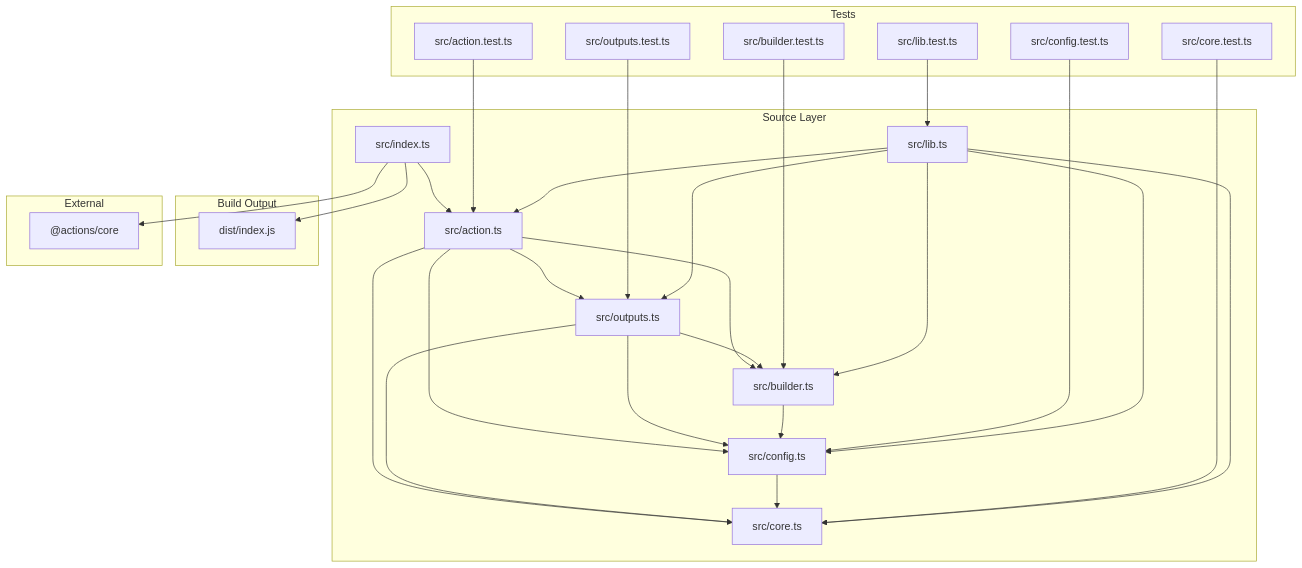
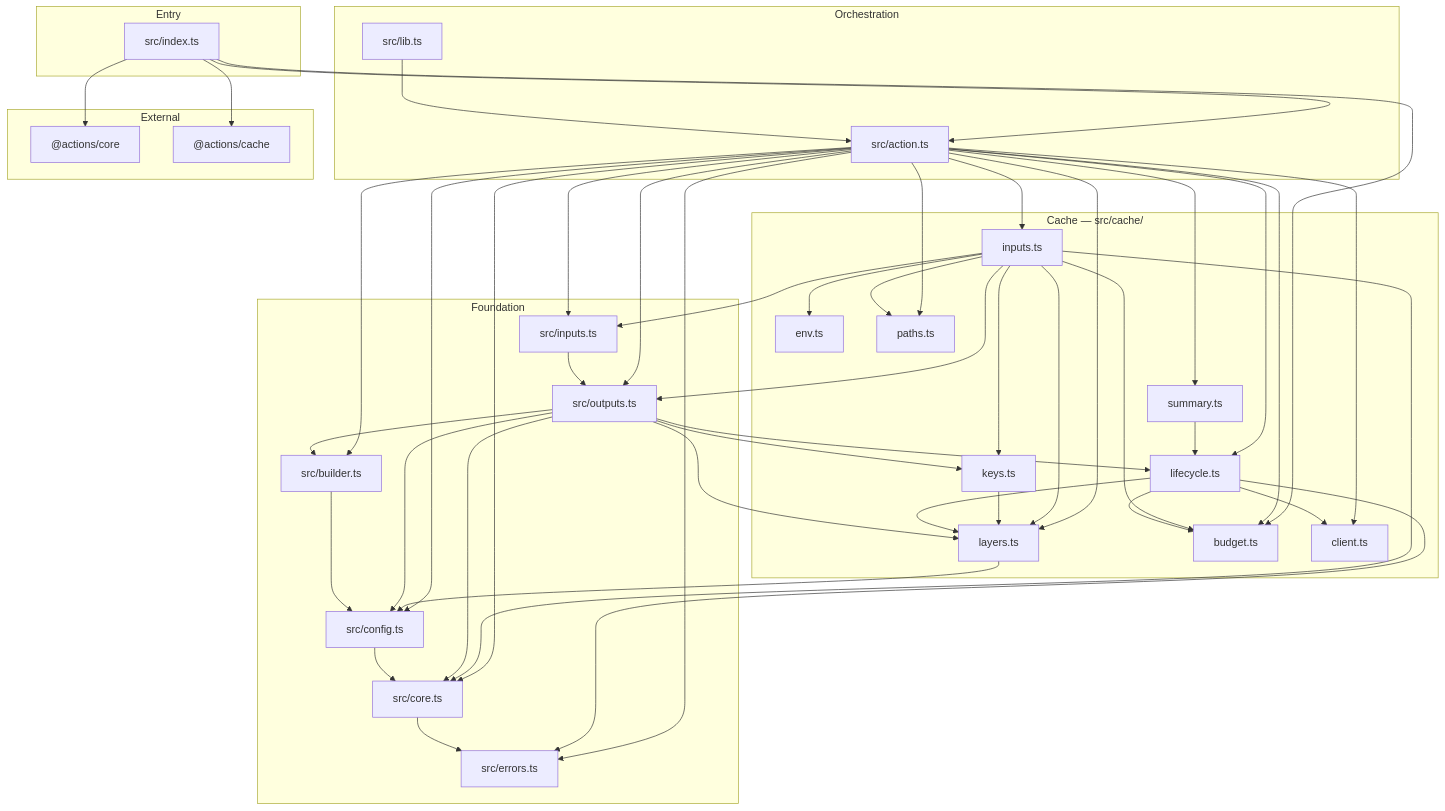
One commit to elioseverojunior/rust-toolchain changed the first of 8 diagrams in docs/ARCHITECTURE.md. Above: the diagram before and after it, drawn with Mermaid. The commit also changed other lines of this file and 1 other file, not shown here.

First line of the commit message:
docs(cache): refresh diagrams and dependency tables for the cache

````diff
--- a/docs/ARCHITECTURE.md
+++ b/docs/ARCHITECTURE.md
@@ -67,53 +67,87 @@
 ```mermaid
 graph TD
-    subgraph "Source Layer"
-        A[src/core.ts]
-        B[src/config.ts]
-        C[src/builder.ts]
-        O[src/outputs.ts]
-        R[src/action.ts]
-        L[src/lib.ts]
+    subgraph Entry
         I[src/index.ts]
     end
 
-    subgraph "Build Output"
-        E[dist/index.js]
+    subgraph Orchestration
+        R[src/action.ts]
+        L[src/lib.ts]
     end
 
-    subgraph "External"
-        TK["@actions/core"]
+    subgraph "Cache — src/cache/"
+        CIN[inputs.ts]
+        CLF[lifecycle.ts]
+        CSM[summary.ts]
+        CKY[keys.ts]
+        CLY[layers.ts]
+        CEV[env.ts]
+        CPA[paths.ts]
+        CBU[budget.ts]
+        CCL[client.ts]
     end
 
-    subgraph "Tests"
-        F[src/core.test.ts]
-        G[src/config.test.ts]
-        H[src/builder.test.ts]
-        J[src/action.test.ts]
-        K[src/outputs.test.ts]
-        M[src/lib.test.ts]
+    subgraph Foundation
+        CORE[src/core.ts]
+        CFG[src/config.ts]
+        BLD[src/builder.ts]
+        OUT[src/outputs.ts]
+        INP[src/inputs.ts]
+        ERR[src/errors.ts]
+    end
+
+    subgraph External
+        TK["@actions/core"]
+        AC["@actions/cache"]
     end
 
     I --> R
+    I --> CBU
     I --> TK
-    R --> A
-    R --> B
-    R --> C
-    R --> O
-    O --> A
-    O --> B
-    O --> C
-    C --> B
-    B --> A
-    I --> E
-    F --> A
-    G --> B
-    H --> C
-    J --> R
-    K --> O
-    M --> L
+    I --> AC
+
+    R --> CIN
+    R --> CLF
+    R --> CSM
+    R --> CLY
+    R --> CPA
+    R --> CBU
+    R --> CCL
+    R --> CORE
+    R --> CFG
+    R --> BLD
+    R --> OUT
+    R --> INP
+    R --> ERR
+
+    CIN --> CKY
+    CIN --> CLY
+    CIN --> CEV
+    CIN --> CPA
+    CIN --> CBU
+    CIN --> CORE
+    CIN --> INP
+    CIN --> OUT
+
+    CKY --> CLY
+    CLY --> CFG
+    CLF --> CCL
+    CLF --> CLY
+    CLF --> CBU
+    CLF --> ERR
+    CSM --> CLF
+
+    OUT --> CKY
+    OUT --> CLY
+    OUT --> CLF
+    OUT --> BLD
+    OUT --> CFG
+    OUT --> CORE
+
+    INP --> OUT
+    BLD --> CFG
+    CFG --> CORE
+    CORE --> ERR
+
     L --> R
-    L --> A
-    L --> B
-    L --> C
-    L --> O
 ```
````
